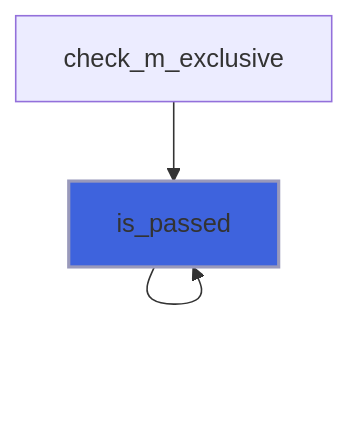
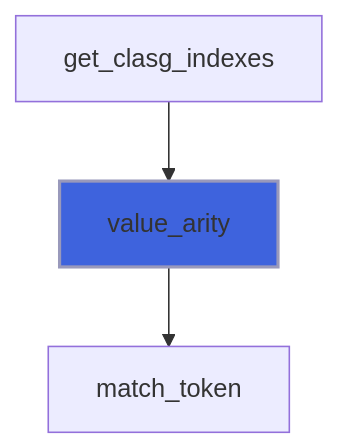
One commit to szaghi/FLAP changed diagram 21 of 28 in docs/api/src/lib/flap_command_line_arguments_group_t.md. Above: the diagram before and after it, drawn with Mermaid. The commit also changed other lines of this file and 17 other files, not shown here.

````diff
--- a/docs/api/src/lib/flap_command_line_arguments_group_t.md
+++ b/docs/api/src/lib/flap_command_line_arguments_group_t.md
@@ -503,6 +836,6 @@
 ```mermaid
 flowchart TD
-  check_m_exclusive["check_m_exclusive"] --> is_passed["is_passed"]
-  is_passed["is_passed"] --> is_passed["is_passed"]
-  style is_passed fill:#3e63dd,stroke:#99b,stroke-width:2px
+  get_clasg_indexes["get_clasg_indexes"] --> value_arity["value_arity"]
+  value_arity["value_arity"] --> match_token["match_token"]
+  style value_arity fill:#3e63dd,stroke:#99b,stroke-width:2px
 ```
````
